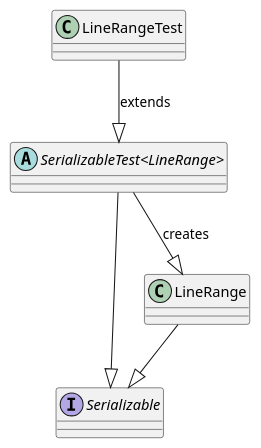
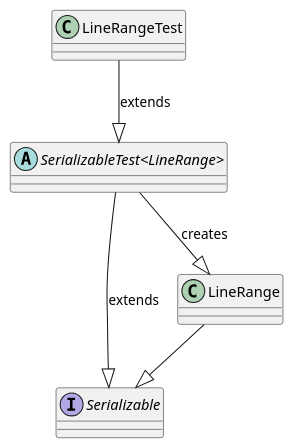
The diagram in doc/factoryStatic.puml (jenkinsci/analysis-model), drawn with PlantUML before and after one commit. The commit also changed 2 other files, not shown here.

```diff
--- a/doc/factoryStatic.puml
+++ b/doc/factoryStatic.puml
@@ -1,10 +1,10 @@
 @startuml
 
 interface Serializable
 abstract class "SerializableTest<LineRange>"
 LineRangeTest --|> "SerializableTest<LineRange>" : extends
-"SerializableTest<LineRange>" --|> Serializable
+"SerializableTest<LineRange>" --|> Serializable :extends
 "SerializableTest<LineRange>" --|> LineRange: creates
 LineRange --|>Serializable
 
 @enduml
```
